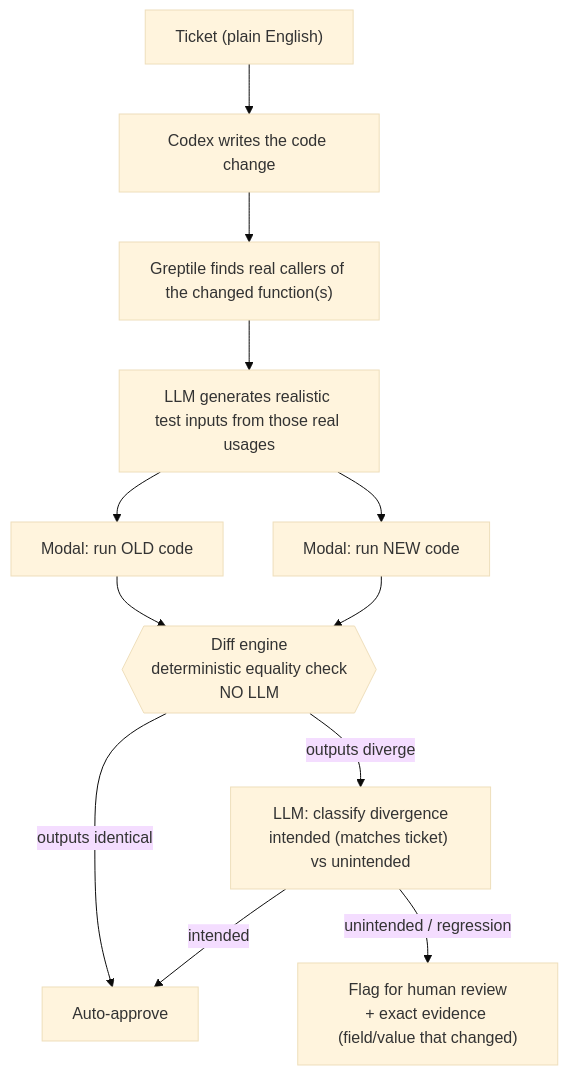
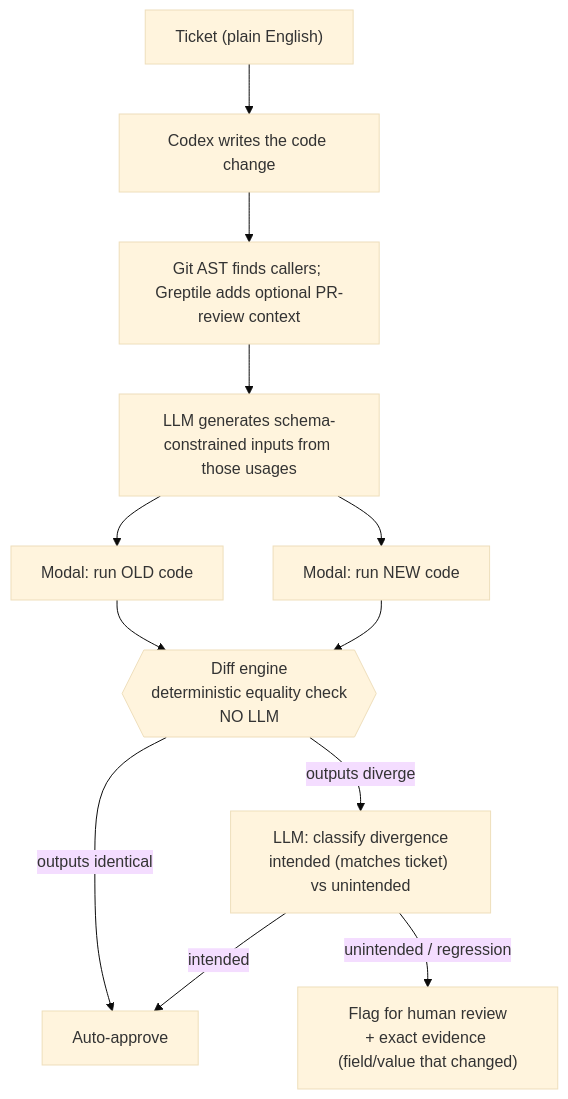
One commit to GirikratnaSharma/Alibi changed the second of 3 diagrams in docs/ARCHITECTURE.md. Above: the diagram before and after it, drawn with Mermaid (base theme). The commit also changed other lines of this file and 10 other files, not shown here.

````diff
--- a/docs/ARCHITECTURE.md
+++ b/docs/ARCHITECTURE.md
@@ -24,18 +24,18 @@
 ```mermaid
 flowchart TD
     T["Ticket (plain English)"] --> CX["Codex writes the code change"]
-    CX --> GR["Greptile finds real callers of the changed function(s)"]
-    GR --> IG["LLM generates realistic test inputs from those real usages"]
+    CX --> GR["Git AST finds callers; Greptile adds optional PR-review context"]
+    GR --> IG["LLM generates schema-constrained inputs from those usages"]
 
     IG --> MO["Modal: run OLD code"]
     IG --> MN["Modal: run NEW code"]
 
     MO --> DIFF{{"Diff engine\ndeterministic equality check\nNO LLM"}}
     MN --> DIFF
 
     DIFF -->|"outputs identical"| APPROVE["Auto-approve"]
     DIFF -->|"outputs diverge"| CLS["LLM: classify divergence\nintended (matches ticket) vs unintended"]
 
     CLS -->|"intended"| APPROVE
     CLS -->|"unintended / regression"| FLAG["Flag for human review\n+ exact evidence (field/value that changed)"]
 ```
````
